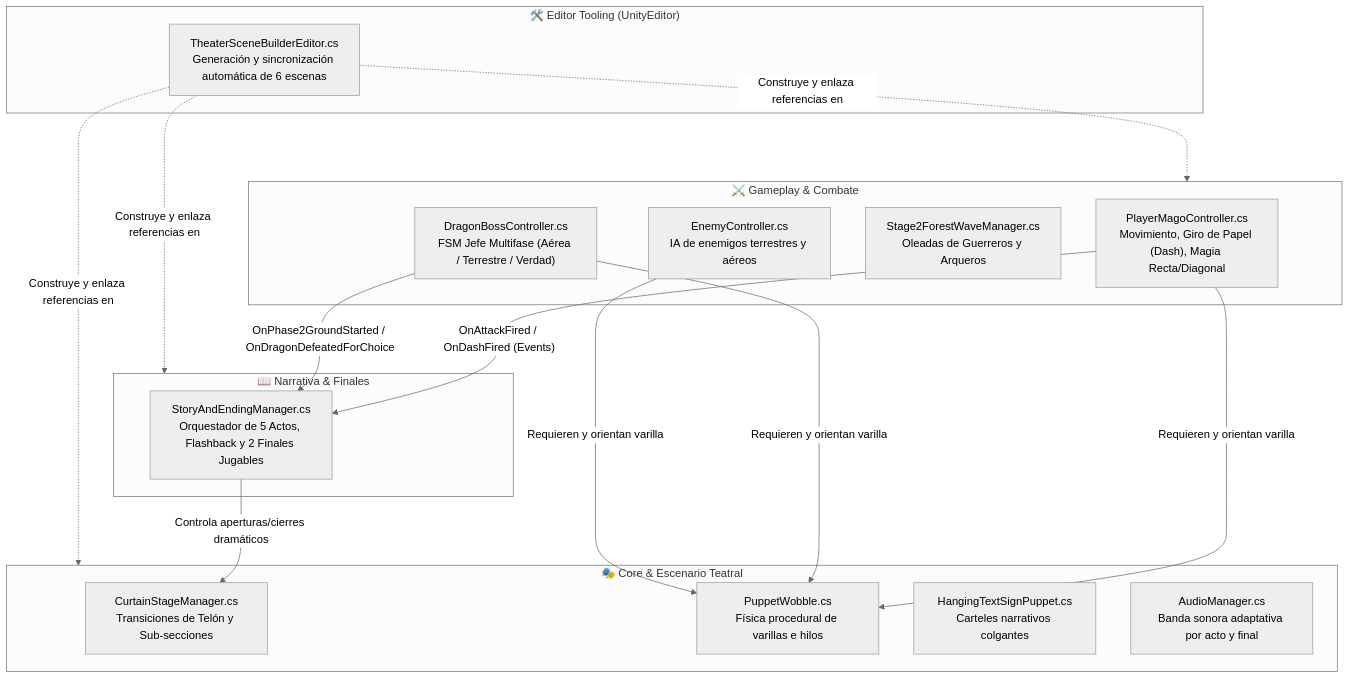
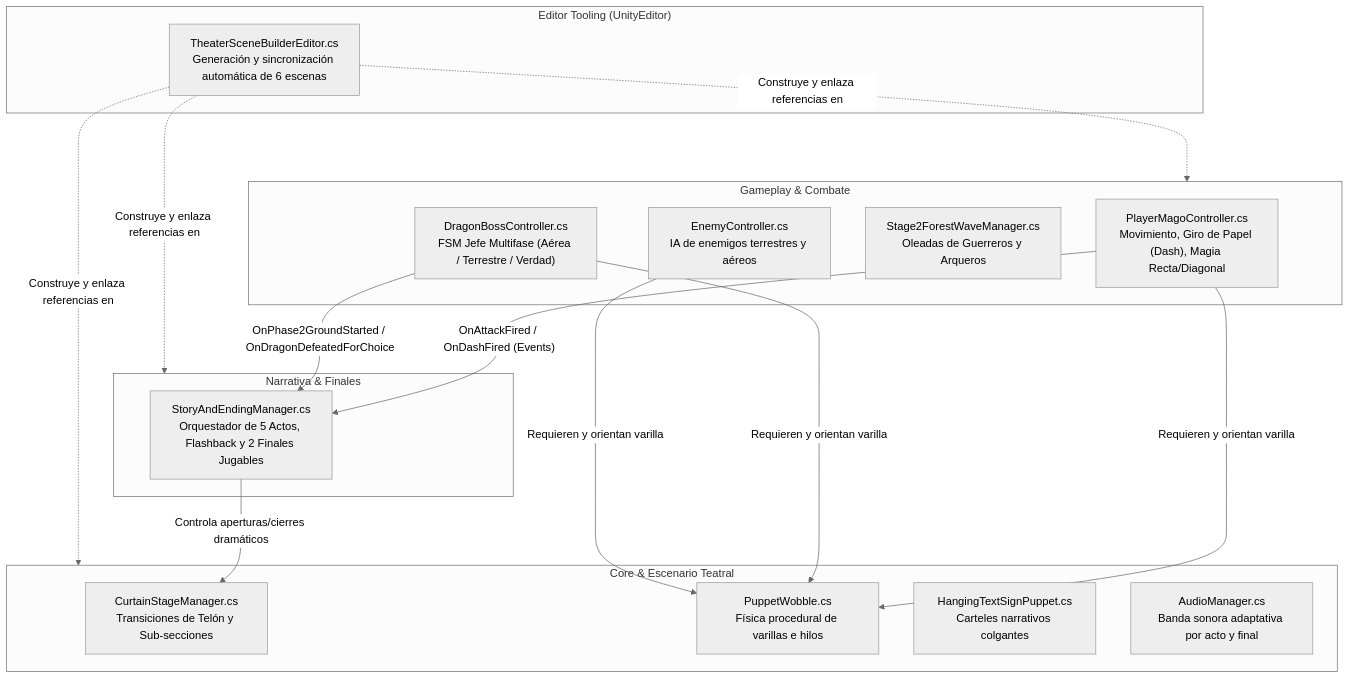
The diagram in README.md (Gabosito1314/UnCuentoMas), drawn with Mermaid (neutral theme) before and after one commit. The commit also changed other lines of this file, not shown here.

````diff
--- a/README.md
+++ b/README.md
@@ -39,30 +42,30 @@
 ```mermaid
 flowchart TD
-    subgraph Editor["🛠️ Editor Tooling (UnityEditor)"]
+    subgraph Editor["Editor Tooling (UnityEditor)"]
         TSB["TheaterSceneBuilderEditor.cs<br/>Generación y sincronización automática de 6 escenas"]
     end
 
-    subgraph Core["🎭 Core & Escenario Teatral"]
+    subgraph Core["Core & Escenario Teatral"]
         CSM["CurtainStageManager.cs<br/>Transiciones de Telón y Sub-secciones"]
         PW["PuppetWobble.cs<br/>Física procedural de varillas e hilos"]
         HTS["HangingTextSignPuppet.cs<br/>Carteles narrativos colgantes"]
         AM["AudioManager.cs<br/>Banda sonora adaptativa por acto y final"]
     end
 
-    subgraph Gameplay["⚔️ Gameplay & Combate"]
+    subgraph Gameplay["Gameplay & Combate"]
         PMC["PlayerMagoController.cs<br/>Movimiento, Giro de Papel (Dash), Magia Recta/Diagonal"]
         DBC["DragonBossController.cs<br/>FSM Jefe Multifase (Aérea / Terrestre / Verdad)"]
         WM["Stage2ForestWaveManager.cs<br/>Oleadas de Guerreros y Arqueros"]
         EC["EnemyController.cs<br/>IA de enemigos terrestres y aéreos"]
     end
 
-    subgraph Narrative["📖 Narrativa & Finales"]
+    subgraph Narrative["Narrativa & Finales"]
         SEM["StoryAndEndingManager.cs<br/>Orquestador de 5 Actos, Flashback y 2 Finales Jugables"]
     end
 
     PMC -- "OnAttackFired / OnDashFired (Events)" --> SEM
     DBC -- "OnPhase2GroundStarted / OnDragonDefeatedForChoice" --> SEM
     SEM -- "Controla aperturas/cierres dramáticos" --> CSM
     PMC & DBC & EC -- "Requieren y orientan varilla" --> PW
     TSB -. "Construye y enlaza referencias en" .-> Core & Gameplay & Narrative
 ```
````
